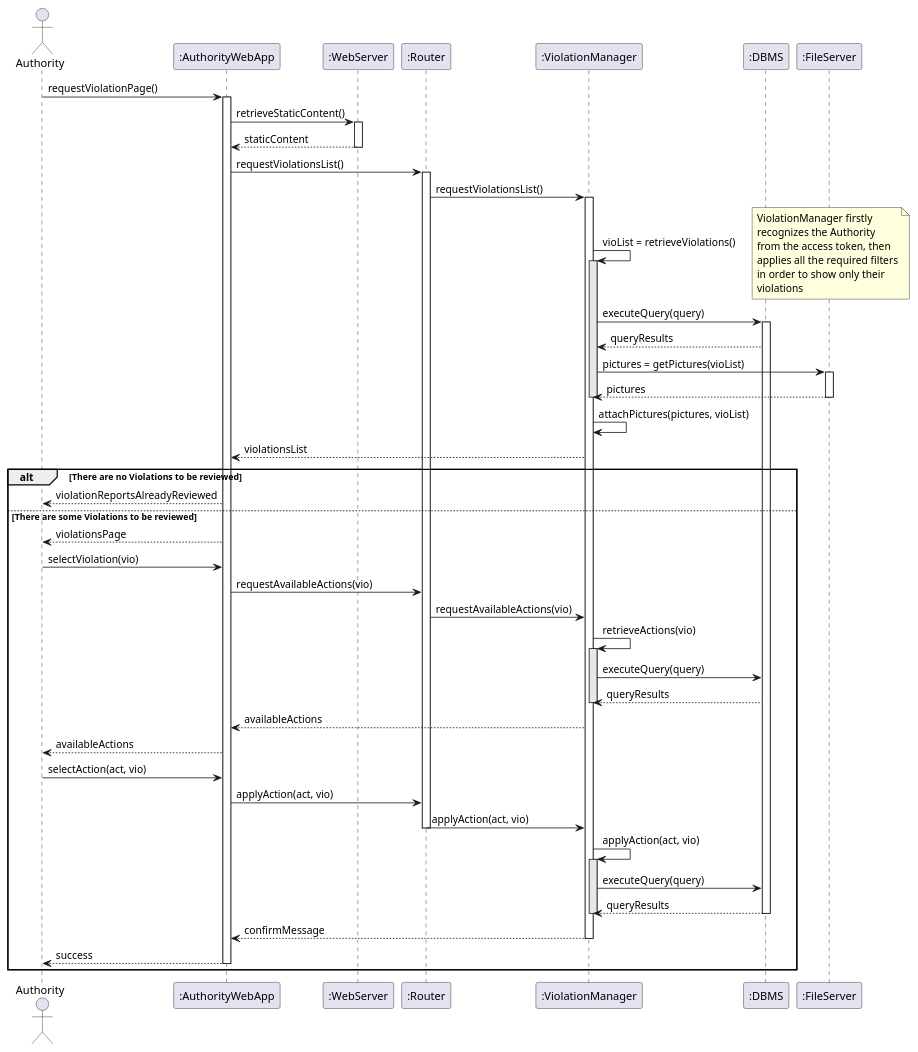
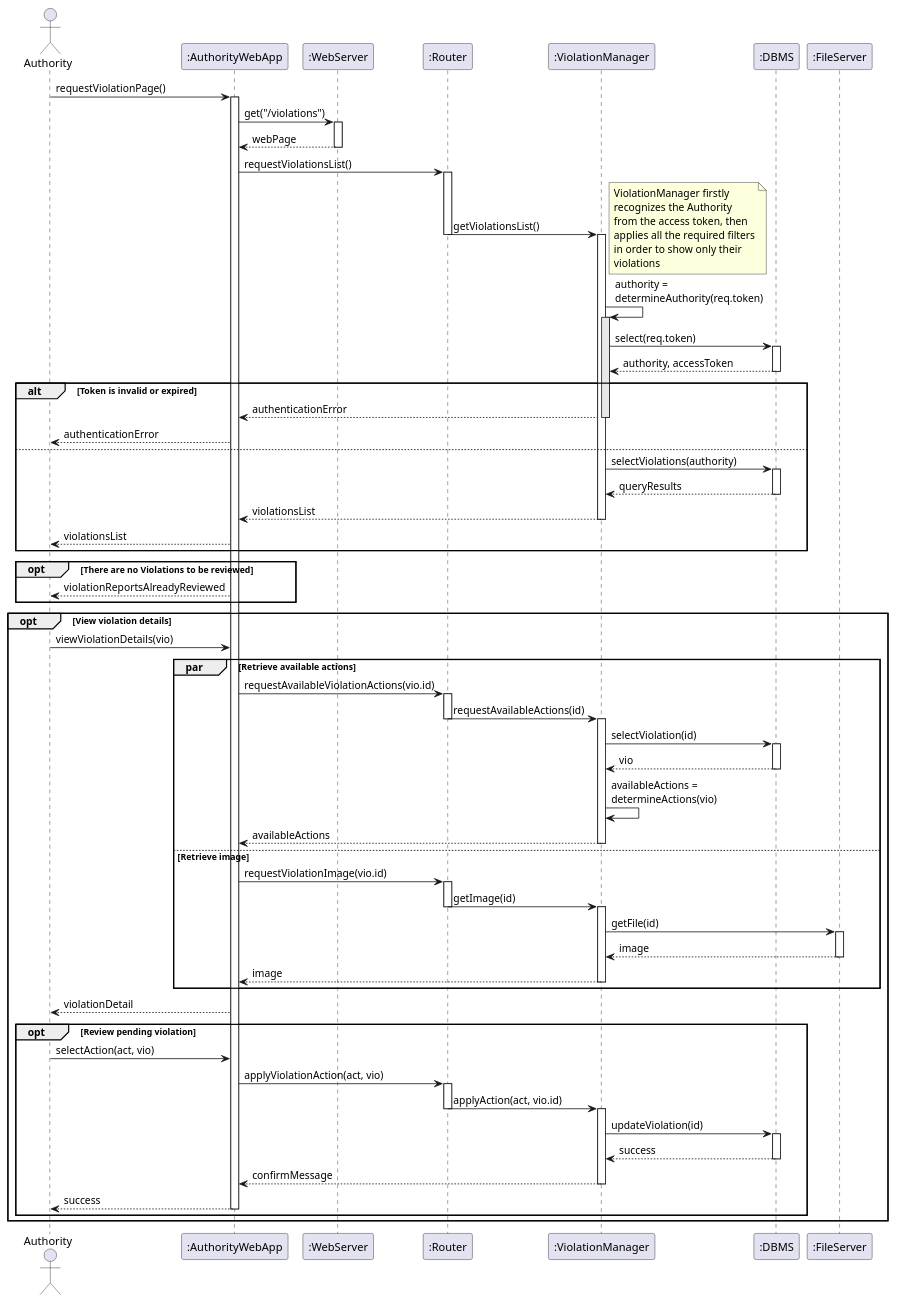
The diagram in diagrams/dd_sequence_diagram_uc_2_1.wsd (fuljo/FulginiDiCesare-SE2), drawn with PlantUML before and after one commit.

Commit message:
Improve clarity in SD for violation management
- use HTTP verb GET on webserver
- detail the process of detecting the authority from the token
- images not sent on violations list, but on violation detail
- change method names to apply actions

```diff
--- a/diagrams/dd_sequence_diagram_uc_2_1.wsd
+++ b/diagrams/dd_sequence_diagram_uc_2_1.wsd
@@ -1,71 +1,100 @@
 @startuml dd_sequence_diagram_uc_2_1
 skinparam Shadowing false
 
 actor Authority as A
 participant ":AuthorityWebApp" as AWA
 participant ":WebServer" as WS
 participant ":Router" as R
 participant ":ViolationManager" as VM
 participant ":DBMS" as DBMS
 participant ":FileServer" as FS
 
 A -> AWA : requestViolationPage()
 activate AWA
-AWA -> WS : retrieveStaticContent()
+AWA -> WS : get("/violations")
 activate WS
-WS --> AWA : staticContent
+WS --> AWA : webPage
 deactivate WS
 AWA -> R : requestViolationsList()
 activate R
-R -> VM : requestViolationsList()
+R -> VM : getViolationsList()
+deactivate R
 activate VM
-VM -> VM : vioList = retrieveViolations()
 note right
     ViolationManager firstly
     recognizes the Authority
     from the access token, then
     applies all the required filters
     in order to show only their
     violations
 end note
+VM -> VM : authority =\ndetermineAuthority(req.token)
 activate VM #e8e8e8
-VM -> DBMS : executeQuery(query)
+VM -> DBMS : select(req.token)
+activate DBMS
+DBMS --> VM : authority, accessToken
+deactivate DBMS
+alt Token is invalid or expired
+VM --> AWA : authenticationError
+deactivate VM
+AWA --> A : authenticationError
+else
+VM -> DBMS : selectViolations(authority)
 activate DBMS
 DBMS --> VM : queryResults
-VM -> FS : pictures = getPictures(vioList)
+deactivate DBMS
+VM --> AWA : violationsList
+deactivate VM
+AWA --> A : violationsList
+end
+opt There are no Violations to be reviewed
+AWA --> A : violationReportsAlreadyReviewed
+end
+opt View violation details 
+A -> AWA : viewViolationDetails(vio)
+par Retrieve available actions
+AWA -> R : requestAvailableViolationActions(vio.id)
+activate R
+R -> VM : requestAvailableActions(id)
+deactivate R
+activate VM
+VM -> DBMS : selectViolation(id)
+activate DBMS
+DBMS --> VM : vio
+deactivate DBMS
+VM -> VM : availableActions =\ndetermineActions(vio)
+VM --> AWA : availableActions
+deactivate VM
+else Retrieve image
+AWA -> R : requestViolationImage(vio.id)
+activate R
+R -> VM : getImage(id)
+deactivate R
+activate VM
+VM -> FS : getFile(id)
 activate FS
-FS --> VM : pictures
+FS --> VM : image
 deactivate FS
+VM --> AWA : image
 deactivate VM
-VM -> VM : attachPictures(pictures, vioList)
-VM --> AWA : violationsList
-alt There are no Violations to be reviewed
-AWA --> A : violationReportsAlreadyReviewed
-else There are some Violations to be reviewed
-AWA --> A : violationsPage
-A -> AWA : selectViolation(vio)
-AWA -> R : requestAvailableActions(vio)
-R -> VM : requestAvailableActions(vio)
-VM -> VM : retrieveActions(vio)
-activate VM #e8e8e8
-VM -> DBMS : executeQuery(query)
-DBMS --> VM : queryResults
-deactivate VM
-VM --> AWA : availableActions
-AWA --> A : availableActions
+end
+AWA --> A : violationDetail
+
+opt Review pending violation
 A -> AWA : selectAction(act, vio)
-AWA -> R : applyAction(act, vio)
-R -> VM : applyAction(act, vio)
+AWA -> R : applyViolationAction(act, vio)
+activate R
+R -> VM : applyAction(act, vio.id)
 deactivate R
-VM -> VM : applyAction(act, vio)
-activate VM #e8e8e8
-VM -> DBMS : executeQuery(query)
-DBMS --> VM : queryResults
+activate VM
+VM -> DBMS : updateViolation(id)
+activate DBMS
+DBMS --> VM : success
 deactivate DBMS
-deactivate VM
 VM --> AWA : confirmMessage
 deactivate VM
 AWA --> A : success
 deactivate AWA
 end
+end
 @enduml
```
